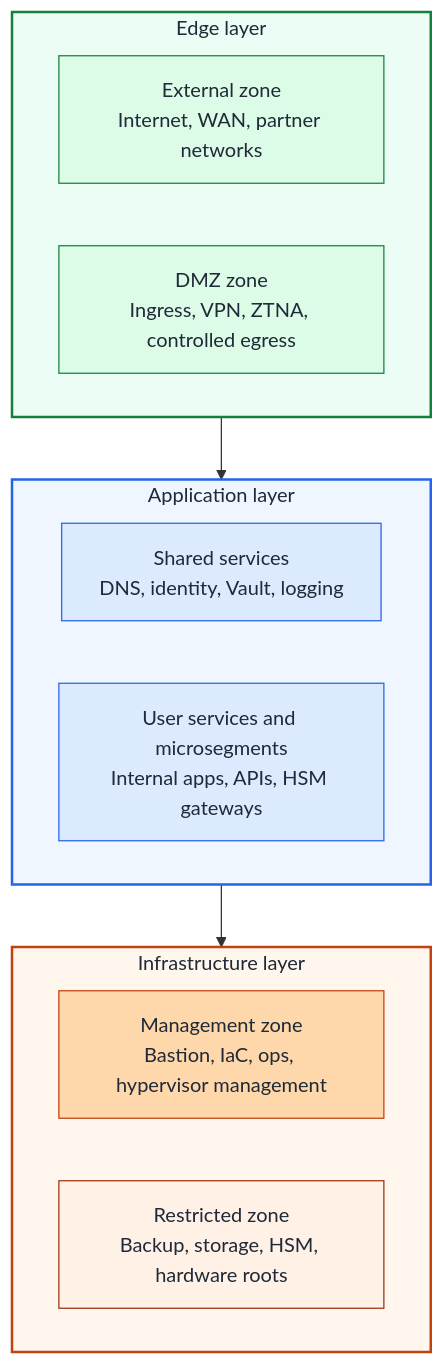
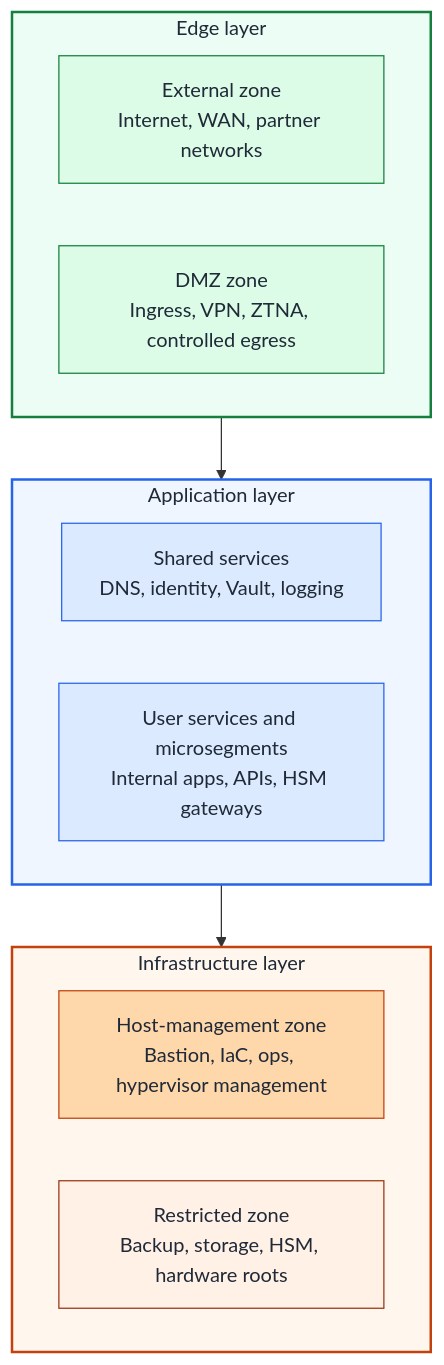
Before and after one commit to Rexus/homelab: the first of 2 diagrams in docs/architecture/overview.md, drawn with Mermaid. The commit also changed other lines of this file and 11 other files, not shown here.

````diff
--- a/docs/architecture/overview.md
+++ b/docs/architecture/overview.md
@@ -31,33 +31,33 @@
 ```mermaid
 flowchart TB
   subgraph Edge["Edge layer"]
     E1["External zone<br/>Internet, WAN, partner networks"]
     E2["DMZ zone<br/>Ingress, VPN, ZTNA, controlled egress"]
   end
 
   subgraph App["Application layer"]
     A1["Shared services<br/>DNS, identity, Vault, logging"]
     A2["User services and microsegments<br/>Internal apps, APIs, HSM gateways"]
   end
 
   subgraph Infra["Infrastructure layer"]
-    I1["Management zone<br/>Bastion, IaC, ops, hypervisor management"]
+    I1["Host-management zone<br/>Bastion, IaC, ops, hypervisor management"]
     I2["Restricted zone<br/>Backup, storage, HSM, hardware roots"]
   end
 
   Edge --> App --> Infra
 
   style Edge fill:#ecfdf5,stroke:#15803d,stroke-width:2px,color:#1f2937
   style App fill:#eff6ff,stroke:#2563eb,stroke-width:2px,color:#1f2937
   style Infra fill:#fff7ed,stroke:#c2410c,stroke-width:2px,color:#1f2937
 
   classDef edgeNode fill:#dcfce7,stroke:#15803d,color:#1f2937
   classDef appNode fill:#dbeafe,stroke:#2563eb,color:#1f2937
   classDef mgmtNode fill:#fed7aa,stroke:#c2410c,color:#1f2937
   classDef restrictedNode fill:#fff1e6,stroke:#9a3412,color:#1f2937
 
   class E1,E2 edgeNode
   class A1,A2 appNode
   class I1 mgmtNode
   class I2 restrictedNode
 ```
````
